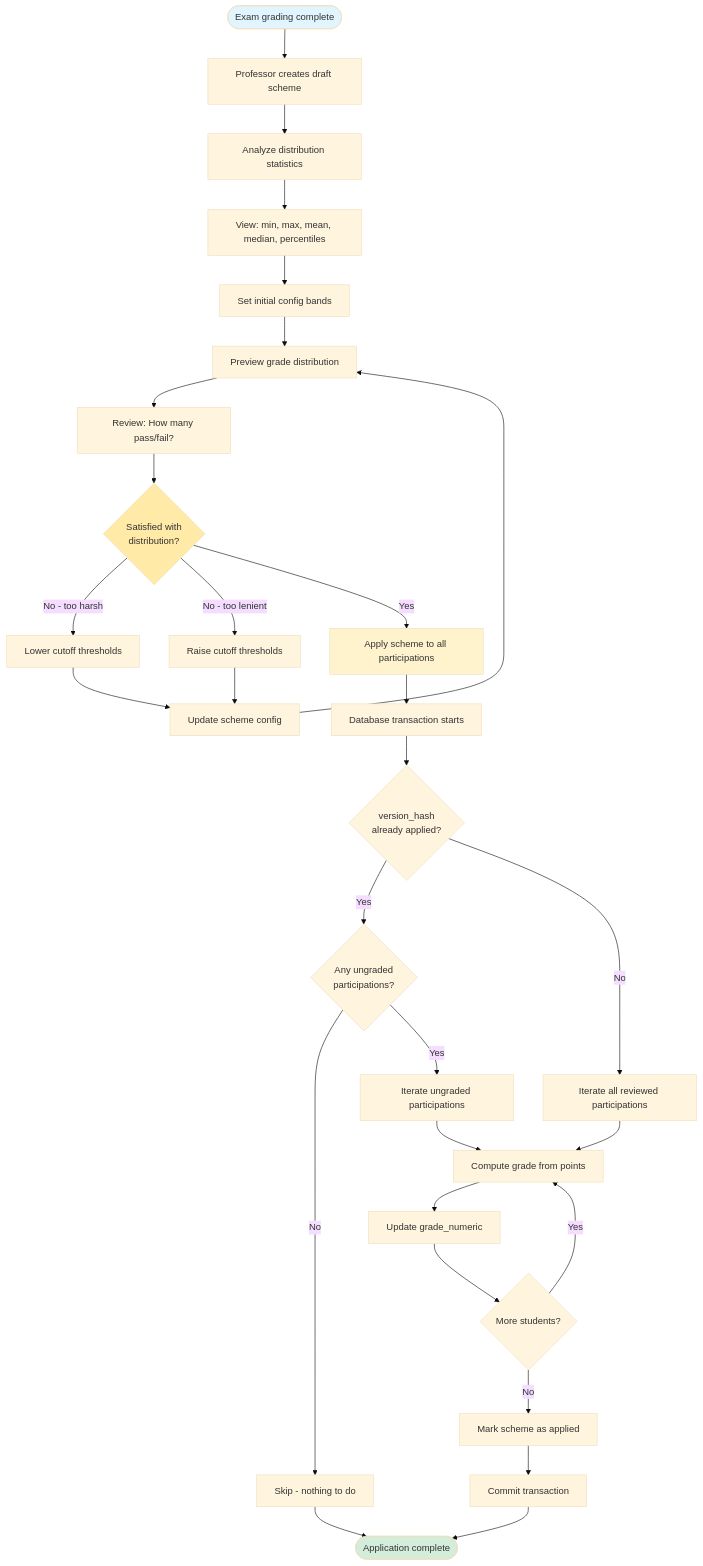
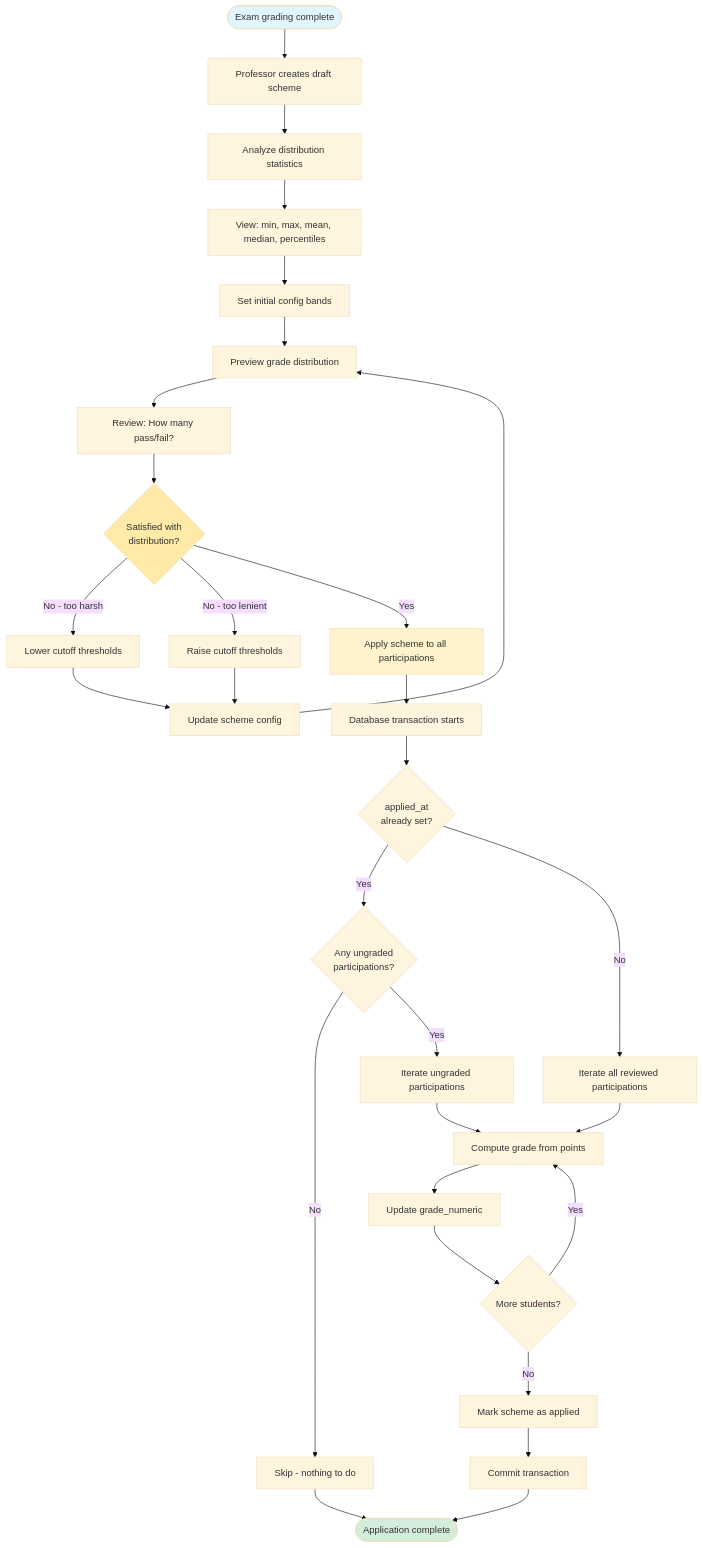
One commit to MaMpf-HD/mampf changed the second of 5 diagrams in architecture/src/features/05b-grading-schemes.md. Above: the diagram before and after it, drawn with Mermaid (base theme). The commit also changed other lines of this file and 1 other file, not shown here.

Commit message:
Fix version control description in grading schemes and update decision slice to reflect accurate choices

````diff
--- a/architecture/src/features/05b-grading-schemes.md
+++ b/architecture/src/features/05b-grading-schemes.md
@@ -514,47 +514,47 @@
 ```mermaid
 flowchart TD
     Start([Exam grading complete]) --> CreateScheme[Professor creates draft scheme]
     CreateScheme --> AnalyzeDist[Analyze distribution statistics]
 
     AnalyzeDist --> ViewStats[View: min, max, mean, median, percentiles]
     ViewStats --> InitialConfig[Set initial config bands]
 
     InitialConfig --> Preview[Preview grade distribution]
     Preview --> ReviewResults[Review: How many pass/fail?]
 
     ReviewResults --> Satisfied{Satisfied with<br/>distribution?}
 
     Satisfied -->|No - too harsh| LowerThreshold[Lower cutoff thresholds]
     Satisfied -->|No - too lenient| RaiseThreshold[Raise cutoff thresholds]
 
     LowerThreshold --> UpdateConfig[Update scheme config]
     RaiseThreshold --> UpdateConfig
     UpdateConfig --> Preview
 
     Satisfied -->|Yes| Apply[Apply scheme to all participations]
     Apply --> Transaction[Database transaction starts]
 
-    Transaction --> CheckHash{version_hash<br/>already applied?}
+    Transaction --> CheckHash{applied_at<br/>already set?}
     CheckHash -->|Yes| CheckUngraded{Any ungraded<br/>participations?}
     CheckUngraded -->|No| SkipAll[Skip - nothing to do]
     CheckUngraded -->|Yes| IterateUngraded[Iterate ungraded participations]
     CheckHash -->|No| IterateAll[Iterate all reviewed participations]
 
     IterateAll --> ComputeGrade[Compute grade from points]
     IterateUngraded --> ComputeGrade
 
     ComputeGrade --> UpdateGrade[Update grade_numeric]
     UpdateGrade --> MoreStudents{More students?}
 
     MoreStudents -->|Yes| ComputeGrade
     MoreStudents -->|No| MarkApplied[Mark scheme as applied]
 
     MarkApplied --> Commit[Commit transaction]
     SkipAll --> Done([Application complete])
     Commit --> Done
 
     style Start fill:#e1f5ff
     style Done fill:#d4edda
     style Apply fill:#fff3cd
     style Satisfied fill:#ffeaa7
 ```
````
